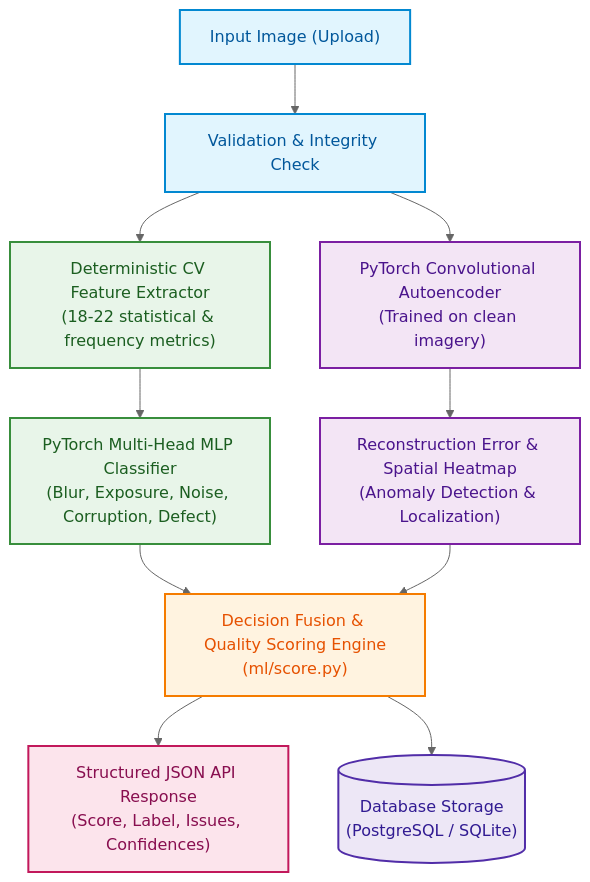
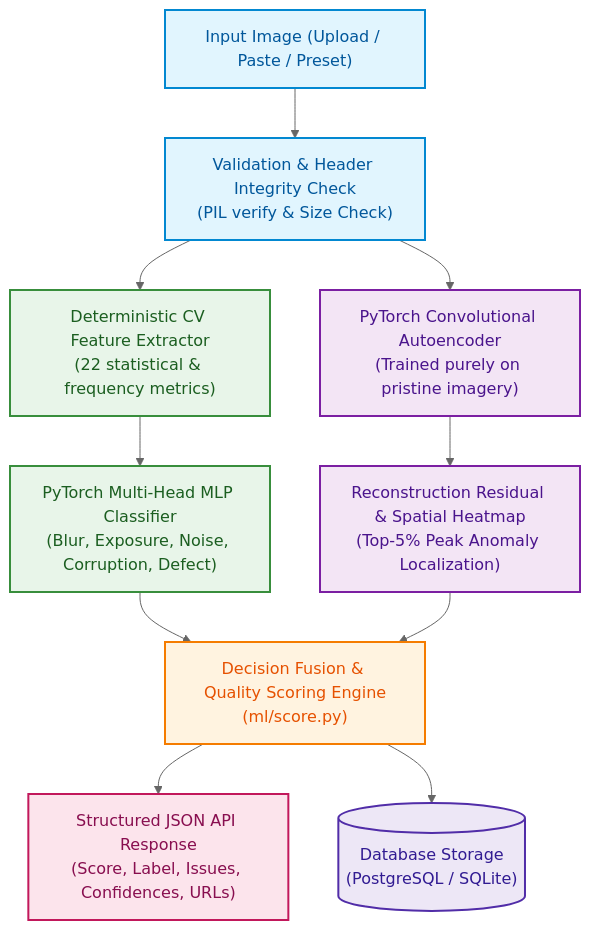
The diagram in README.md (notaanidhya/Smart-City-Living-Lab--IIITH), drawn with Mermaid (neutral theme) before and after one commit. The commit also changed other lines of this file and 3 other files, not shown here.

````diff
--- a/README.md
+++ b/README.md
@@ -27,22 +28,22 @@
 ```mermaid
 graph TD
     classDef input fill:#e1f5fe,stroke:#0288d1,stroke-width:2px,color:#01579b;
     classDef cv fill:#e8f5e9,stroke:#388e3c,stroke-width:2px,color:#1b5e20;
     classDef dl fill:#f3e5f5,stroke:#7b1fa2,stroke-width:2px,color:#4a148c;
     classDef fusion fill:#fff3e0,stroke:#f57c00,stroke-width:2px,color:#e65100;
     classDef output fill:#fce4ec,stroke:#c2185b,stroke-width:2px,color:#880e4f;
     classDef db fill:#ede7f6,stroke:#512da8,stroke-width:2px,color:#311b92;
 
-    IMG["Input Image (Upload)"]:::input --> VAL["Validation & Integrity Check"]:::input
-    VAL --> FE["Deterministic CV Feature Extractor\n(18-22 statistical & frequency metrics)"]:::cv
-    VAL --> AE["PyTorch Convolutional Autoencoder\n(Trained on clean imagery)"]:::dl
+    IMG["Input Image (Upload / Paste / Preset)"]:::input --> VAL["Validation & Header Integrity Check\n(PIL verify & Size Check)"]:::input
+    VAL --> FE["Deterministic CV Feature Extractor\n(22 statistical & frequency metrics)"]:::cv
+    VAL --> AE["PyTorch Convolutional Autoencoder\n(Trained purely on pristine imagery)"]:::dl
 
     FE --> MLP["PyTorch Multi-Head MLP Classifier\n(Blur, Exposure, Noise, Corruption, Defect)"]:::cv
-    AE --> RE["Reconstruction Error & Spatial Heatmap\n(Anomaly Detection & Localization)"]:::dl
+    AE --> RE["Reconstruction Residual & Spatial Heatmap\n(Top-5% Peak Anomaly Localization)"]:::dl
 
     MLP --> FUS["Decision Fusion & Quality Scoring Engine\n(ml/score.py)"]:::fusion
     RE --> FUS
 
-    FUS --> OUT["Structured JSON API Response\n(Score, Label, Issues, Confidences)"]:::output
+    FUS --> OUT["Structured JSON API Response\n(Score, Label, Issues, Confidences, URLs)"]:::output
     FUS --> DB[("Database Storage\n(PostgreSQL / SQLite)")]:::db
 ```
````
